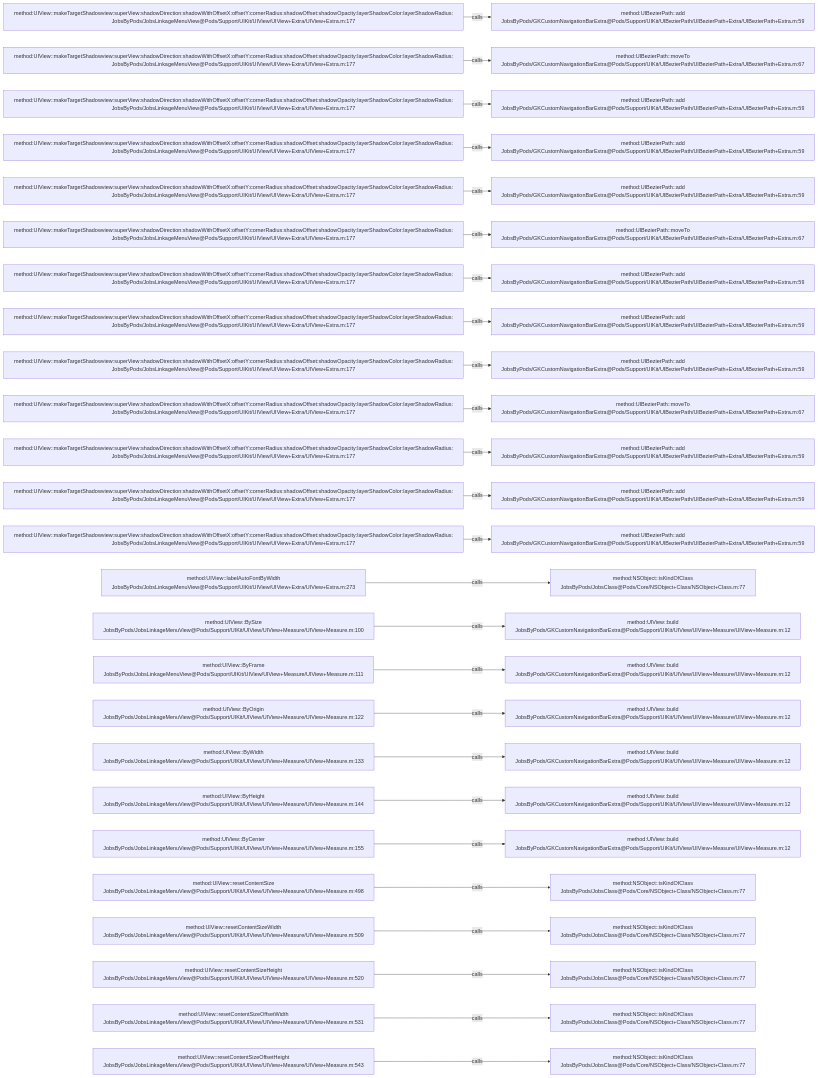
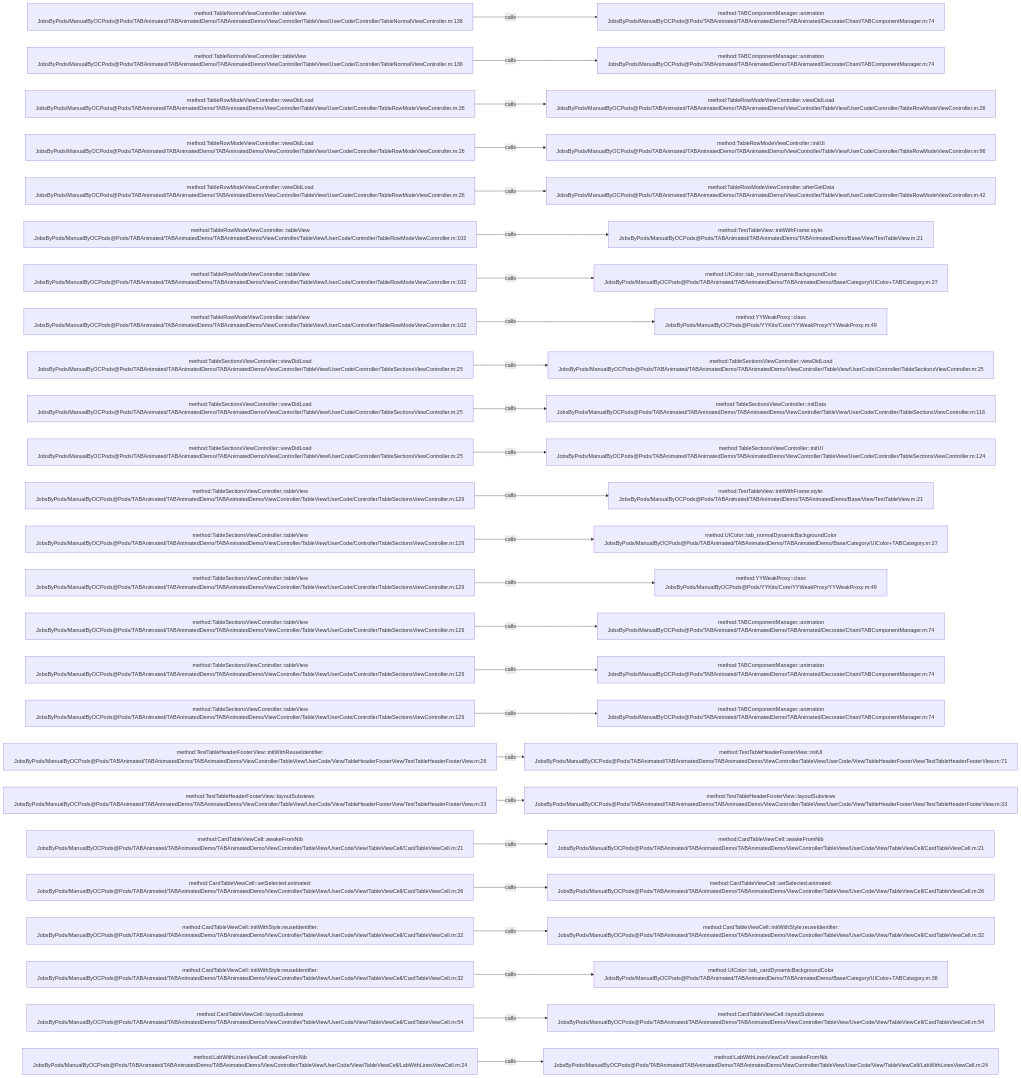
The diagram in .codegraph/codegraph.md/graphs/calls-073.md (JobsKits/JobsOCBaseConfigDemo), drawn with Mermaid before and after one commit. The commit also changed 2162 other files, not shown here.

````diff
--- a/.codegraph/codegraph.md/graphs/calls-073.md
+++ b/.codegraph/codegraph.md/graphs/calls-073.md
@@ -13,78 +13,78 @@
 ```mermaid
 flowchart LR
-  S1["method:UIView::makeTargetShadowview:superView:shadowDirection:shadowWithOffsetX:offsetY:cornerRadius:shadowOffset:shadowOpacity:layerShadowColor:layerShadowRadius:<br/>JobsByPods/JobsLinkageMenuView@Pods/Support/UIKit/UIView/UIView+Extra/UIView+Extra.m:177"]
-  T1["method:UIBezierPath::add<br/>JobsByPods/GKCustomNavigationBarExtra@Pods/Support/UIKit/UIBezierPath/UIBezierPath+Extra/UIBezierPath+Extra.m:59"]
+  S1["method:TableNormalViewController::tableView<br/>JobsByPods/ManualByOCPods@Pods/TABAnimated/TABAnimatedDemo/TABAnimatedDemo/ViewController/TableView/UserCode/Controller/TableNormalViewController.m:136"]
+  T1["method:TABComponentManager::animation<br/>JobsByPods/ManualByOCPods@Pods/TABAnimated/TABAnimatedDemo/TABAnimated/Decorate/Chain/TABComponentManager.m:74"]
   S1 -->|calls| T1
-  S2["method:UIView::makeTargetShadowview:superView:shadowDirection:shadowWithOffsetX:offsetY:cornerRadius:shadowOffset:shadowOpacity:layerShadowColor:layerShadowRadius:<br/>JobsByPods/JobsLinkageMenuView@Pods/Support/UIKit/UIView/UIView+Extra/UIView+Extra.m:177"]
-  T2["method:UIBezierPath::moveTo<br/>JobsByPods/GKCustomNavigationBarExtra@Pods/Support/UIKit/UIBezierPath/UIBezierPath+Extra/UIBezierPath+Extra.m:67"]
+  S2["method:TableNormalViewController::tableView<br/>JobsByPods/ManualByOCPods@Pods/TABAnimated/TABAnimatedDemo/TABAnimatedDemo/ViewController/TableView/UserCode/Controller/TableNormalViewController.m:136"]
+  T2["method:TABComponentManager::animation<br/>JobsByPods/ManualByOCPods@Pods/TABAnimated/TABAnimatedDemo/TABAnimated/Decorate/Chain/TABComponentManager.m:74"]
   S2 -->|calls| T2
-  S3["method:UIView::makeTargetShadowview:superView:shadowDirection:shadowWithOffsetX:offsetY:cornerRadius:shadowOffset:shadowOpacity:layerShadowColor:layerShadowRadius:<br/>JobsByPods/JobsLinkageMenuView@Pods/Support/UIKit/UIView/UIView+Extra/UIView+Extra.m:177"]
-  T3["method:UIBezierPath::add<br/>JobsByPods/GKCustomNavigationBarExtra@Pods/Support/UIKit/UIBezierPath/UIBezierPath+Extra/UIBezierPath+Extra.m:59"]
+  S3["method:TableRowModeViewController::viewDidLoad<br/>JobsByPods/ManualByOCPods@Pods/TABAnimated/TABAnimatedDemo/TABAnimatedDemo/ViewController/TableView/UserCode/Controller/TableRowModeViewController.m:26"]
+  T3["method:TableRowModeViewController::viewDidLoad<br/>JobsByPods/ManualByOCPods@Pods/TABAnimated/TABAnimatedDemo/TABAnimatedDemo/ViewController/TableView/UserCode/Controller/TableRowModeViewController.m:26"]
   S3 -->|calls| T3
-  S4["method:UIView::makeTargetShadowview:superView:shadowDirection:shadowWithOffsetX:offsetY:cornerRadius:shadowOffset:shadowOpacity:layerShadowColor:layerShadowRadius:<br/>JobsByPods/JobsLinkageMenuView@Pods/Support/UIKit/UIView/UIView+Extra/UIView+Extra.m:177"]
-  T4["method:UIBezierPath::add<br/>JobsByPods/GKCustomNavigationBarExtra@Pods/Support/UIKit/UIBezierPath/UIBezierPath+Extra/UIBezierPath+Extra.m:59"]
+  S4["method:TableRowModeViewController::viewDidLoad<br/>JobsByPods/ManualByOCPods@Pods/TABAnimated/TABAnimatedDemo/TABAnimatedDemo/ViewController/TableView/UserCode/Controller/TableRowModeViewController.m:26"]
+  T4["method:TableRowModeViewController::initUI<br/>JobsByPods/ManualByOCPods@Pods/TABAnimated/TABAnimatedDemo/TABAnimatedDemo/ViewController/TableView/UserCode/Controller/TableRowModeViewController.m:96"]
   S4 -->|calls| T4
-  S5["method:UIView::makeTargetShadowview:superView:shadowDirection:shadowWithOffsetX:offsetY:cornerRadius:shadowOffset:shadowOpacity:layerShadowColor:layerShadowRadius:<br/>JobsByPods/JobsLinkageMenuView@Pods/Support/UIKit/UIView/UIView+Extra/UIView+Extra.m:177"]
-  T5["method:UIBezierPath::add<br/>JobsByPods/GKCustomNavigationBarExtra@Pods/Support/UIKit/UIBezierPath/UIBezierPath+Extra/UIBezierPath+Extra.m:59"]
+  S5["method:TableRowModeViewController::viewDidLoad<br/>JobsByPods/ManualByOCPods@Pods/TABAnimated/TABAnimatedDemo/TABAnimatedDemo/ViewController/TableView/UserCode/Controller/TableRowModeViewController.m:26"]
+  T5["method:TableRowModeViewController::afterGetData<br/>JobsByPods/ManualByOCPods@Pods/TABAnimated/TABAnimatedDemo/TABAnimatedDemo/ViewController/TableView/UserCode/Controller/TableRowModeViewController.m:42"]
   S5 -->|calls| T5
-  S6["method:UIView::makeTargetShadowview:superView:shadowDirection:shadowWithOffsetX:offsetY:cornerRadius:shadowOffset:shadowOpacity:layerShadowColor:layerShadowRadius:<br/>JobsByPods/JobsLinkageMenuView@Pods/Support/UIKit/UIView/UIView+Extra/UIView+Extra.m:177"]
-  T6["method:UIBezierPath::moveTo<br/>JobsByPods/GKCustomNavigationBarExtra@Pods/Support/UIKit/UIBezierPath/UIBezierPath+Extra/UIBezierPath+Extra.m:67"]
+  S6["method:TableRowModeViewController::tableView<br/>JobsByPods/ManualByOCPods@Pods/TABAnimated/TABAnimatedDemo/TABAnimatedDemo/ViewController/TableView/UserCode/Controller/TableRowModeViewController.m:102"]
+  T6["method:TestTableView::initWithFrame:style:<br/>JobsByPods/ManualByOCPods@Pods/TABAnimated/TABAnimatedDemo/TABAnimatedDemo/Base/View/TestTableView.m:21"]
   S6 -->|calls| T6
-  S7["method:UIView::makeTargetShadowview:superView:shadowDirection:shadowWithOffsetX:offsetY:cornerRadius:shadowOffset:shadowOpacity:layerShadowColor:layerShadowRadius:<br/>JobsByPods/JobsLinkageMenuView@Pods/Support/UIKit/UIView/UIView+Extra/UIView+Extra.m:177"]
-  T7["method:UIBezierPath::add<br/>JobsByPods/GKCustomNavigationBarExtra@Pods/Support/UIKit/UIBezierPath/UIBezierPath+Extra/UIBezierPath+Extra.m:59"]
+  S7["method:TableRowModeViewController::tableView<br/>JobsByPods/ManualByOCPods@Pods/TABAnimated/TABAnimatedDemo/TABAnimatedDemo/ViewController/TableView/UserCode/Controller/TableRowModeViewController.m:102"]
+  T7["method:UIColor::tab_normalDynamicBackgroundColor<br/>JobsByPods/ManualByOCPods@Pods/TABAnimated/TABAnimatedDemo/TABAnimatedDemo/Base/Category/UIColor+TABCategory.m:27"]
   S7 -->|calls| T7
-  S8["method:UIView::makeTargetShadowview:superView:shadowDirection:shadowWithOffsetX:offsetY:cornerRadius:shadowOffset:shadowOpacity:layerShadowColor:layerShadowRadius:<br/>JobsByPods/JobsLinkageMenuView@Pods/Support/UIKit/UIView/UIView+Extra/UIView+Extra.m:177"]
-  T8["method:UIBezierPath::add<br/>JobsByPods/GKCustomNavigationBarExtra@Pods/Support/UIKit/UIBezierPath/UIBezierPath+Extra/UIBezierPath+Extra.m:59"]
+  S8["method:TableRowModeViewController::tableView<br/>JobsByPods/ManualByOCPods@Pods/TABAnimated/TABAnimatedDemo/TABAnimatedDemo/ViewController/TableView/UserCode/Controller/TableRowModeViewController.m:102"]
+  T8["method:YYWeakProxy::class<br/>JobsByPods/ManualByOCPods@Pods/YYKits/Core/YYWeakProxy/YYWeakProxy.m:49"]
   S8 -->|calls| T8
-  S9["method:UIView::makeTargetShadowview:superView:shadowDirection:shadowWithOffsetX:offsetY:cornerRadius:shadowOffset:shadowOpacity:layerShadowColor:layerShadowRadius:<br/>JobsByPods/JobsLinkageMenuView@Pods/Support/UIKit/UIView/UIView+Extra/UIView+Extra.m:177"]
-  T9["method:UIBezierPath::add<br/>JobsByPods/GKCustomNavigationBarExtra@Pods/Support/UIKit/UIBezierPath/UIBezierPath+Extra/UIBezierPath+Extra.m:59"]
+  S9["method:TableSectionsViewController::viewDidLoad<br/>JobsByPods/ManualByOCPods@Pods/TABAnimated/TABAnimatedDemo/TABAnimatedDemo/ViewController/TableView/UserCode/Controller/TableSectionsViewController.m:25"]
+  T9["method:TableSectionsViewController::viewDidLoad<br/>JobsByPods/ManualByOCPods@Pods/TABAnimated/TABAnimatedDemo/TABAnimatedDemo/ViewController/TableView/UserCode/Controller/TableSectionsViewController.m:25"]
   S9 -->|calls| T9
-  S10["method:UIView::makeTargetShadowview:superView:shadowDirection:shadowWithOffsetX:offsetY:cornerRadius:shadowOffset:shadowOpacity:layerShadowColor:layerShadowRadius:<br/>JobsByPods/JobsLinkageMenuView@Pods/Support/UIKit/UIView/UIView+Extra/UIView+Extra.m:177"]
-  T10["method:UIBezierPath::moveTo<br/>JobsByPods/GKCustomNavigationBarExtra@Pods/Support/UIKit/UIBezierPath/UIBezierPath+Extra/UIBezierPath+Extra.m:67"]
+  S10["method:TableSectionsViewController::viewDidLoad<br/>JobsByPods/ManualByOCPods@Pods/TABAnimated/TABAnimatedDemo/TABAnimatedDemo/ViewController/TableView/UserCode/Controller/TableSectionsViewController.m:25"]
+  T10["method:TableSectionsViewController::initData<br/>JobsByPods/ManualByOCPods@Pods/TABAnimated/TABAnimatedDemo/TABAnimatedDemo/ViewController/TableView/UserCode/Controller/TableSectionsViewController.m:116"]
   S10 -->|calls| T10
-  S11["method:UIView::makeTargetShadowview:superView:shadowDirection:shadowWithOffsetX:offsetY:cornerRadius:shadowOffset:shadowOpacity:layerShadowColor:layerShadowRadius:<br/>JobsByPods/JobsLinkageMenuView@Pods/Support/UIKit/UIView/UIView+Extra/UIView+Extra.m:177"]
-  T11["method:UIBezierPath::add<br/>JobsByPods/GKCustomNavigationBarExtra@Pods/Support/UIKit/UIBezierPath/UIBezierPath+Extra/UIBezierPath+Extra.m:59"]
+  S11["method:TableSectionsViewController::viewDidLoad<br/>JobsByPods/ManualByOCPods@Pods/TABAnimated/TABAnimatedDemo/TABAnimatedDemo/ViewController/TableView/UserCode/Controller/TableSectionsViewController.m:25"]
+  T11["method:TableSectionsViewController::initUI<br/>JobsByPods/ManualByOCPods@Pods/TABAnimated/TABAnimatedDemo/TABAnimatedDemo/ViewController/TableView/UserCode/Controller/TableSectionsViewController.m:124"]
   S11 -->|calls| T11
-  S12["method:UIView::makeTargetShadowview:superView:shadowDirection:shadowWithOffsetX:offsetY:cornerRadius:shadowOffset:shadowOpacity:layerShadowColor:layerShadowRadius:<br/>JobsByPods/JobsLinkageMenuView@Pods/Support/UIKit/UIView/UIView+Extra/UIView+Extra.m:177"]
-  T12["method:UIBezierPath::add<br/>JobsByPods/GKCustomNavigationBarExtra@Pods/Support/UIKit/UIBezierPath/UIBezierPath+Extra/UIBezierPath+Extra.m:59"]
+  S12["method:TableSectionsViewController::tableView<br/>JobsByPods/ManualByOCPods@Pods/TABAnimated/TABAnimatedDemo/TABAnimatedDemo/ViewController/TableView/UserCode/Controller/TableSectionsViewController.m:129"]
+  T12["method:TestTableView::initWithFrame:style:<br/>JobsByPods/ManualByOCPods@Pods/TABAnimated/TABAnimatedDemo/TABAnimatedDemo/Base/View/TestTableView.m:21"]
   S12 -->|calls| T12
-  S13["method:UIView::makeTargetShadowview:superView:shadowDirection:shadowWithOffsetX:offsetY:cornerRadius:shadowOffset:shadowOpacity:layerShadowColor:layerShadowRadius:<br/>JobsByPods/JobsLinkageMenuView@Pods/Support/UIKit/UIView/UIView+Extra/UIView+Extra.m:177"]
-  T13["method:UIBezierPath::add<br/>JobsByPods/GKCustomNavigationBarExtra@Pods/Support/UIKit/UIBezierPath/UIBezierPath+Extra/UIBezierPath+Extra.m:59"]
+  S13["method:TableSectionsViewController::tableView<br/>JobsByPods/ManualByOCPods@Pods/TABAnimated/TABAnimatedDemo/TABAnimatedDemo/ViewController/TableView/UserCode/Controller/TableSectionsViewController.m:129"]
+  T13["method:UIColor::tab_normalDynamicBackgroundColor<br/>JobsByPods/ManualByOCPods@Pods/TABAnimated/TABAnimatedDemo/TABAnimatedDemo/Base/Category/UIColor+TABCategory.m:27"]
   S13 -->|calls| T13
-  S14["method:UIView::labelAutoFontByWidth<br/>JobsByPods/JobsLinkageMenuView@Pods/Support/UIKit/UIView/UIView+Extra/UIView+Extra.m:273"]
-  T14["method:NSObject::isKindOfClass<br/>JobsByPods/JobsClass@Pods/Core/NSObject+Class/NSObject+Class.m:77"]
+  S14["method:TableSectionsViewController::tableView<br/>JobsByPods/ManualByOCPods@Pods/TABAnimated/TABAnimatedDemo/TABAnimatedDemo/ViewController/TableView/UserCode/Controller/TableSectionsViewController.m:129"]
+  T14["method:YYWeakProxy::class<br/>JobsByPods/ManualByOCPods@Pods/YYKits/Core/YYWeakProxy/YYWeakProxy.m:49"]
   S14 -->|calls| T14
-  S15["method:UIView::BySize<br/>JobsByPods/JobsLinkageMenuView@Pods/Support/UIKit/UIView/UIView+Measure/UIView+Measure.m:100"]
-  T15["method:UIView::build<br/>JobsByPods/GKCustomNavigationBarExtra@Pods/Support/UIKit/UIView/UIView+Measure/UIView+Measure.m:12"]
+  S15["method:TableSectionsViewController::tableView<br/>JobsByPods/ManualByOCPods@Pods/TABAnimated/TABAnimatedDemo/TABAnimatedDemo/ViewController/TableView/UserCode/Controller/TableSectionsViewController.m:129"]
+  T15["method:TABComponentManager::animation<br/>JobsByPods/ManualByOCPods@Pods/TABAnimated/TABAnimatedDemo/TABAnimated/Decorate/Chain/TABComponentManager.m:74"]
   S15 -->|calls| T15
-  S16["method:UIView::ByFrame<br/>JobsByPods/JobsLinkageMenuView@Pods/Support/UIKit/UIView/UIView+Measure/UIView+Measure.m:111"]
-  T16["method:UIView::build<br/>JobsByPods/GKCustomNavigationBarExtra@Pods/Support/UIKit/UIView/UIView+Measure/UIView+Measure.m:12"]
+  S16["method:TableSectionsViewController::tableView<br/>JobsByPods/ManualByOCPods@Pods/TABAnimated/TABAnimatedDemo/TABAnimatedDemo/ViewController/TableView/UserCode/Controller/TableSectionsViewController.m:129"]
+  T16["method:TABComponentManager::animation<br/>JobsByPods/ManualByOCPods@Pods/TABAnimated/TABAnimatedDemo/TABAnimated/Decorate/Chain/TABComponentManager.m:74"]
   S16 -->|calls| T16
-  S17["method:UIView::ByOrigin<br/>JobsByPods/JobsLinkageMenuView@Pods/Support/UIKit/UIView/UIView+Measure/UIView+Measure.m:122"]
-  T17["method:UIView::build<br/>JobsByPods/GKCustomNavigationBarExtra@Pods/Support/UIKit/UIView/UIView+Measure/UIView+Measure.m:12"]
+  S17["method:TableSectionsViewController::tableView<br/>JobsByPods/ManualByOCPods@Pods/TABAnimated/TABAnimatedDemo/TABAnimatedDemo/ViewController/TableView/UserCode/Controller/TableSectionsViewController.m:129"]
+  T17["method:TABComponentManager::animation<br/>JobsByPods/ManualByOCPods@Pods/TABAnimated/TABAnimatedDemo/TABAnimated/Decorate/Chain/TABComponentManager.m:74"]
   S17 -->|calls| T17
-  S18["method:UIView::ByWidth<br/>JobsByPods/JobsLinkageMenuView@Pods/Support/UIKit/UIView/UIView+Measure/UIView+Measure.m:133"]
-  T18["method:UIView::build<br/>JobsByPods/GKCustomNavigationBarExtra@Pods/Support/UIKit/UIView/UIView+Measure/UIView+Measure.m:12"]
+  S18["method:TestTableHeaderFooterView::initWithReuseIdentifier:<br/>JobsByPods/ManualByOCPods@Pods/TABAnimated/TABAnimatedDemo/TABAnimatedDemo/ViewController/TableView/UserCode/View/TableHeaderFooterView/TestTableHeaderFooterView.m:26"]
+  T18["method:TestTableHeaderFooterView::initUI<br/>JobsByPods/ManualByOCPods@Pods/TABAnimated/TABAnimatedDemo/TABAnimatedDemo/ViewController/TableView/UserCode/View/TableHeaderFooterView/TestTableHeaderFooterView.m:71"]
   S18 -->|calls| T18
-  S19["method:UIView::ByHeight<br/>JobsByPods/JobsLinkageMenuView@Pods/Support/UIKit/UIView/UIView+Measure/UIView+Measure.m:144"]
-  T19["method:UIView::build<br/>JobsByPods/GKCustomNavigationBarExtra@Pods/Support/UIKit/UIView/UIView+Measure/UIView+Measure.m:12"]
+  S19["method:TestTableHeaderFooterView::layoutSubviews<br/>JobsByPods/ManualByOCPods@Pods/TABAnimated/TABAnimatedDemo/TABAnimatedDemo/ViewController/TableView/UserCode/View/TableHeaderFooterView/TestTableHeaderFooterView.m:33"]
+  T19["method:TestTableHeaderFooterView::layoutSubviews<br/>JobsByPods/ManualByOCPods@Pods/TABAnimated/TABAnimatedDemo/TABAnimatedDemo/ViewController/TableView/UserCode/View/TableHeaderFooterView/TestTableHeaderFooterView.m:33"]
   S19 -->|calls| T19
-  S20["method:UIView::ByCenter<br/>JobsByPods/JobsLinkageMenuView@Pods/Support/UIKit/UIView/UIView+Measure/UIView+Measure.m:155"]
-  T20["method:UIView::build<br/>JobsByPods/GKCustomNavigationBarExtra@Pods/Support/UIKit/UIView/UIView+Measure/UIView+Measure.m:12"]
+  S20["method:CardTableViewCell::awakeFromNib<br/>JobsByPods/ManualByOCPods@Pods/TABAnimated/TABAnimatedDemo/TABAnimatedDemo/ViewController/TableView/UserCode/View/TableViewCell/CardTableViewCell.m:21"]
+  T20["method:CardTableViewCell::awakeFromNib<br/>JobsByPods/ManualByOCPods@Pods/TABAnimated/TABAnimatedDemo/TABAnimatedDemo/ViewController/TableView/UserCode/View/TableViewCell/CardTableViewCell.m:21"]
   S20 -->|calls| T20
-  S21["method:UIView::resetContentSize<br/>JobsByPods/JobsLinkageMenuView@Pods/Support/UIKit/UIView/UIView+Measure/UIView+Measure.m:498"]
-  T21["method:NSObject::isKindOfClass<br/>JobsByPods/JobsClass@Pods/Core/NSObject+Class/NSObject+Class.m:77"]
+  S21["method:CardTableViewCell::setSelected:animated:<br/>JobsByPods/ManualByOCPods@Pods/TABAnimated/TABAnimatedDemo/TABAnimatedDemo/ViewController/TableView/UserCode/View/TableViewCell/CardTableViewCell.m:26"]
+  T21["method:CardTableViewCell::setSelected:animated:<br/>JobsByPods/ManualByOCPods@Pods/TABAnimated/TABAnimatedDemo/TABAnimatedDemo/ViewController/TableView/UserCode/View/TableViewCell/CardTableViewCell.m:26"]
   S21 -->|calls| T21
-  S22["method:UIView::resetContentSizeWidth<br/>JobsByPods/JobsLinkageMenuView@Pods/Support/UIKit/UIView/UIView+Measure/UIView+Measure.m:509"]
-  T22["method:NSObject::isKindOfClass<br/>JobsByPods/JobsClass@Pods/Core/NSObject+Class/NSObject+Class.m:77"]
+  S22["method:CardTableViewCell::initWithStyle:reuseIdentifier:<br/>JobsByPods/ManualByOCPods@Pods/TABAnimated/TABAnimatedDemo/TABAnimatedDemo/ViewController/TableView/UserCode/View/TableViewCell/CardTableViewCell.m:32"]
+  T22["method:CardTableViewCell::initWithStyle:reuseIdentifier:<br/>JobsByPods/ManualByOCPods@Pods/TABAnimated/TABAnimatedDemo/TABAnimatedDemo/ViewController/TableView/UserCode/View/TableViewCell/CardTableViewCell.m:32"]
   S22 -->|calls| T22
-  S23["method:UIView::resetContentSizeHeight<br/>JobsByPods/JobsLinkageMenuView@Pods/Support/UIKit/UIView/UIView+Measure/UIView+Measure.m:520"]
-  T23["method:NSObject::isKindOfClass<br/>JobsByPods/JobsClass@Pods/Core/NSObject+Class/NSObject+Class.m:77"]
+  S23["method:CardTableViewCell::initWithStyle:reuseIdentifier:<br/>JobsByPods/ManualByOCPods@Pods/TABAnimated/TABAnimatedDemo/TABAnimatedDemo/ViewController/TableView/UserCode/View/TableViewCell/CardTableViewCell.m:32"]
+  T23["method:UIColor::tab_cardDynamicBackgroundColor<br/>JobsByPods/ManualByOCPods@Pods/TABAnimated/TABAnimatedDemo/TABAnimatedDemo/Base/Category/UIColor+TABCategory.m:38"]
   S23 -->|calls| T23
-  S24["method:UIView::resetContentSizeOffsetWidth<br/>JobsByPods/JobsLinkageMenuView@Pods/Support/UIKit/UIView/UIView+Measure/UIView+Measure.m:531"]
-  T24["method:NSObject::isKindOfClass<br/>JobsByPods/JobsClass@Pods/Core/NSObject+Class/NSObject+Class.m:77"]
+  S24["method:CardTableViewCell::layoutSubviews<br/>JobsByPods/ManualByOCPods@Pods/TABAnimated/TABAnimatedDemo/TABAnimatedDemo/ViewController/TableView/UserCode/View/TableViewCell/CardTableViewCell.m:54"]
+  T24["method:CardTableViewCell::layoutSubviews<br/>JobsByPods/ManualByOCPods@Pods/TABAnimated/TABAnimatedDemo/TABAnimatedDemo/ViewController/TableView/UserCode/View/TableViewCell/CardTableViewCell.m:54"]
   S24 -->|calls| T24
-  S25["method:UIView::resetContentSizeOffsetHeight<br/>JobsByPods/JobsLinkageMenuView@Pods/Support/UIKit/UIView/UIView+Measure/UIView+Measure.m:543"]
-  T25["method:NSObject::isKindOfClass<br/>JobsByPods/JobsClass@Pods/Core/NSObject+Class/NSObject+Class.m:77"]
+  S25["method:LabWithLinesViewCell::awakeFromNib<br/>JobsByPods/ManualByOCPods@Pods/TABAnimated/TABAnimatedDemo/TABAnimatedDemo/ViewController/TableView/UserCode/View/TableViewCell/LabWithLinesViewCell.m:24"]
+  T25["method:LabWithLinesViewCell::awakeFromNib<br/>JobsByPods/ManualByOCPods@Pods/TABAnimated/TABAnimatedDemo/TABAnimatedDemo/ViewController/TableView/UserCode/View/TableViewCell/LabWithLinesViewCell.m:24"]
   S25 -->|calls| T25
 ```
````
